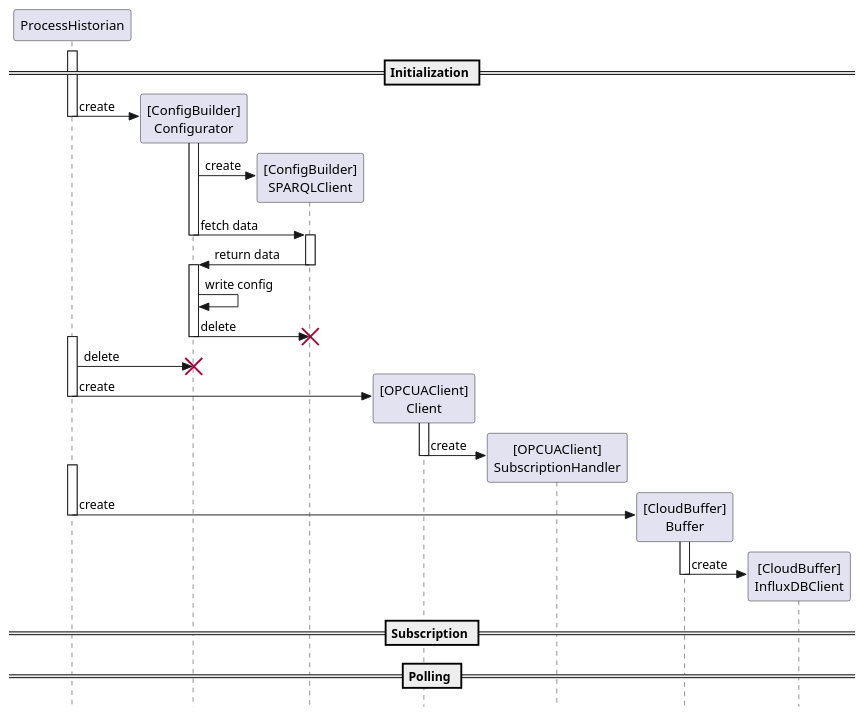
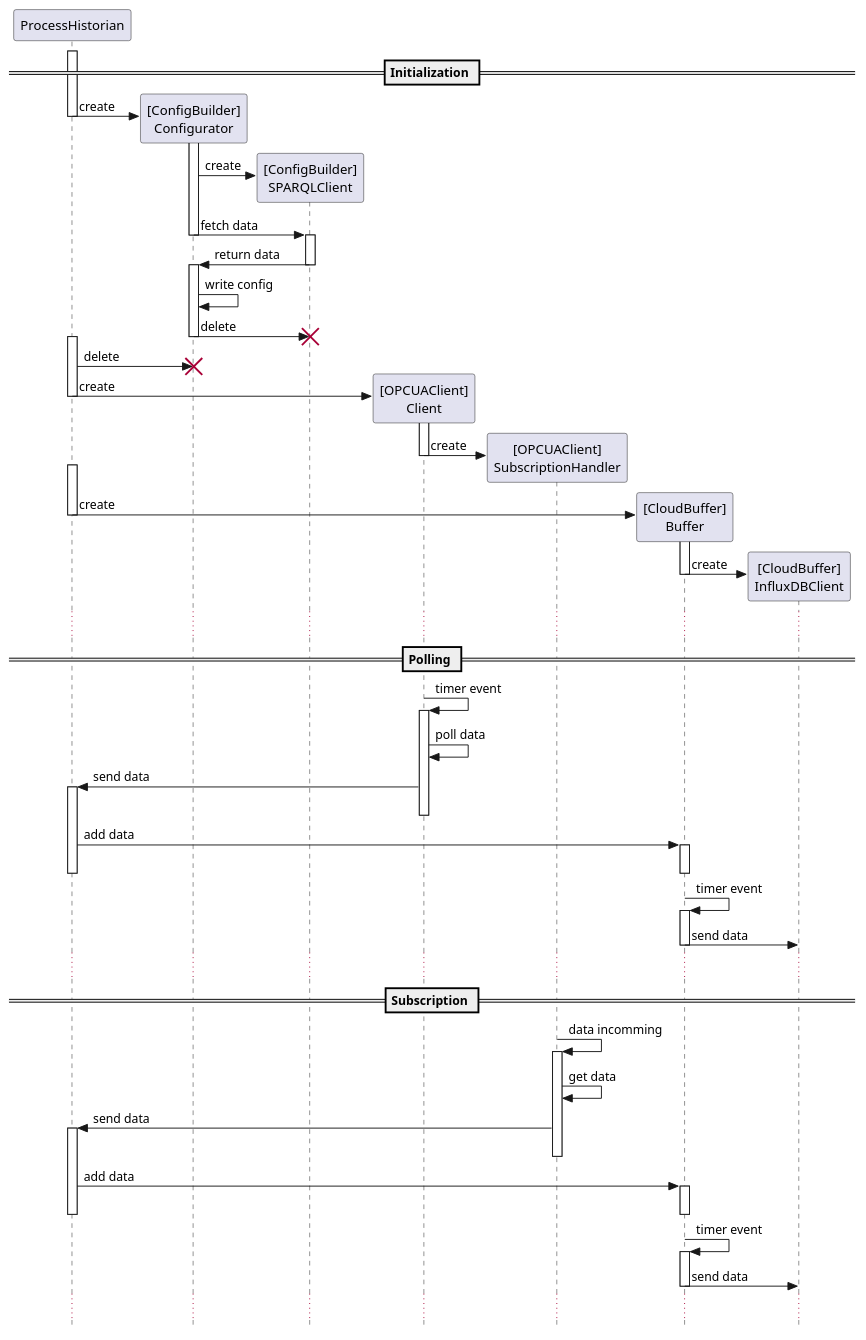
One commit to Praktikum-PvAS/process-historian changed the diagram in architecture/sequence_diagram.pu. Above: the diagram before and after it, drawn with PlantUML.

Commit message:
Finish sequence diagram

```diff
--- a/architecture/sequence_diagram.pu
+++ b/architecture/sequence_diagram.pu
@@ -1,41 +1,71 @@
-@startuml "sequence diagram"
+@startuml "Sequence Diagram"
 skinparam style strictuml
 participant ProcessHistorian
 == Initialization ==
 activate ProcessHistorian
 ProcessHistorian -> "[ConfigBuilder]\nConfigurator" as ConfigBuilder.Configurator ** : create
 deactivate ProcessHistorian
 activate ConfigBuilder.Configurator
 ConfigBuilder.Configurator -> "[ConfigBuilder]\nSPARQLClient" as ConfigBuilder.SPARQLClient ** : create
 ConfigBuilder.Configurator -> ConfigBuilder.SPARQLClient : fetch data
 deactivate ConfigBuilder.Configurator
 activate ConfigBuilder.SPARQLClient
 ConfigBuilder.SPARQLClient -> ConfigBuilder.Configurator : return data
 deactivate ConfigBuilder.SPARQLClient
 activate ConfigBuilder.Configurator
 ConfigBuilder.Configurator -> ConfigBuilder.Configurator : write config
 ConfigBuilder.Configurator -> ConfigBuilder.SPARQLClient !! : delete
 deactivate ConfigBuilder.Configurator
 activate ProcessHistorian
 ProcessHistorian -> ConfigBuilder.Configurator !! : delete
 
 ProcessHistorian -> "[OPCUAClient]\nClient" as OPCUAClient.Client ** : create
 activate OPCUAClient.Client
 deactivate ProcessHistorian
 OPCUAClient.Client -> "[OPCUAClient]\nSubscriptionHandler" as OPCUAClient.SubscriptionHandler ** : create
 deactivate OPCUAClient.Client
 
 activate ProcessHistorian
 ProcessHistorian -> "[CloudBuffer]\nBuffer" as CloudBuffer.Buffer ** : create
 activate CloudBuffer.Buffer
 deactivate ProcessHistorian
 CloudBuffer.Buffer -> "[CloudBuffer]\nInfluxDBClient" as CloudBuffer.InfluxDBClient ** : create
 deactivate CloudBuffer.Buffer
+...
+
+== Polling ==
+
+OPCUAClient.Client -> OPCUAClient.Client : timer event
+activate OPCUAClient.Client
+OPCUAClient.Client -> OPCUAClient.Client : poll data
+OPCUAClient.Client -> ProcessHistorian : send data
+activate ProcessHistorian
+deactivate OPCUAClient.Client
+ProcessHistorian -> CloudBuffer.Buffer : add data
+activate CloudBuffer.Buffer
+deactivate CloudBuffer.Buffer
+deactivate ProcessHistorian
+CloudBuffer.Buffer -> CloudBuffer.Buffer : timer event
+activate CloudBuffer.Buffer
+CloudBuffer.Buffer -> CloudBuffer.InfluxDBClient : send data
+deactivate CloudBuffer.Buffer
+...
 
 == Subscription ==
 
-
-
-== Polling ==
-
+OPCUAClient.SubscriptionHandler -> OPCUAClient.SubscriptionHandler : data incomming
+activate OPCUAClient.SubscriptionHandler
+OPCUAClient.SubscriptionHandler -> OPCUAClient.SubscriptionHandler : get data
+OPCUAClient.SubscriptionHandler -> ProcessHistorian : send data
+activate ProcessHistorian
+deactivate OPCUAClient.SubscriptionHandler
+ProcessHistorian -> CloudBuffer.Buffer : add data
+activate CloudBuffer.Buffer
+deactivate CloudBuffer.Buffer
+deactivate ProcessHistorian
+CloudBuffer.Buffer -> CloudBuffer.Buffer : timer event
+activate CloudBuffer.Buffer
+CloudBuffer.Buffer -> CloudBuffer.InfluxDBClient : send data
+deactivate CloudBuffer.Buffer
+...
 @enduml
```
